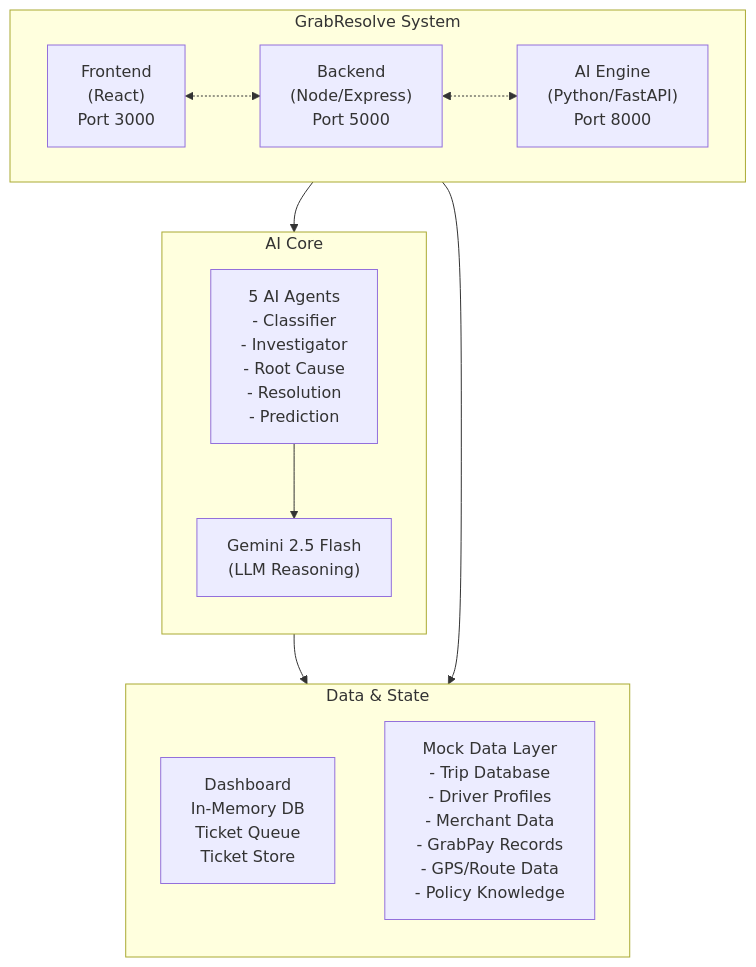
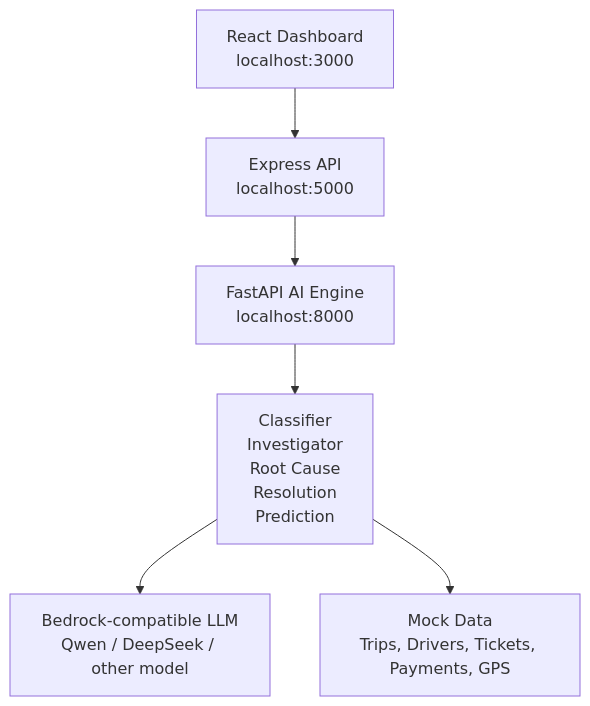
Before and after one commit to FreakWolf/Grabresolve-ai: the diagram in README.md, drawn with Mermaid. The commit also changed other lines of this file and 5 other files, not shown here.

````diff
--- a/README.md
+++ b/README.md
@@ -58,28 +23,8 @@
 ```mermaid
 graph TD
-    subgraph "GrabResolve System"
-        direction LR
-        A["Frontend<br/>(React)<br/>Port 3000"]
-        B["Backend<br/>(Node/Express)<br/>Port 5000"]
-        C["AI Engine<br/>(Python/FastAPI)<br/>Port 8000"]
-    end
-
-    subgraph "AI Core"
-        direction TB
-        D["5 AI Agents<br/>- Classifier<br/>- Investigator<br/>- Root Cause<br/>- Resolution<br/>- Prediction"]
-        E["Gemini 2.5 Flash<br/>(LLM Reasoning)"]
-    end
-
-    subgraph "Data & State"
-        direction TB
-        F["Dashboard<br/>In-Memory DB<br/>Ticket Queue<br/>Ticket Store"]
-        G["Mock Data Layer<br/>- Trip Database<br/>- Driver Profiles<br/>- Merchant Data<br/>- GrabPay Records<br/>- GPS/Route Data<br/>- Policy Knowledge"]
-    end
-
-    A <-.-> B
-    B <-.-> C
-    C --> D
-    C --> F
-    D --> E
-    E --> G
+    Frontend["React Dashboard<br/>localhost:3000"] --> Backend["Express API<br/>localhost:5000"]
+    Backend --> AI["FastAPI AI Engine<br/>localhost:8000"]
+    AI --> Agents["Classifier<br/>Investigator<br/>Root Cause<br/>Resolution<br/>Prediction"]
+    Agents --> LLM["Bedrock-compatible LLM<br/>Qwen / DeepSeek / other model"]
+    Agents --> Data["Mock Data<br/>Trips, Drivers, Tickets, Payments, GPS"]
 ```
````
